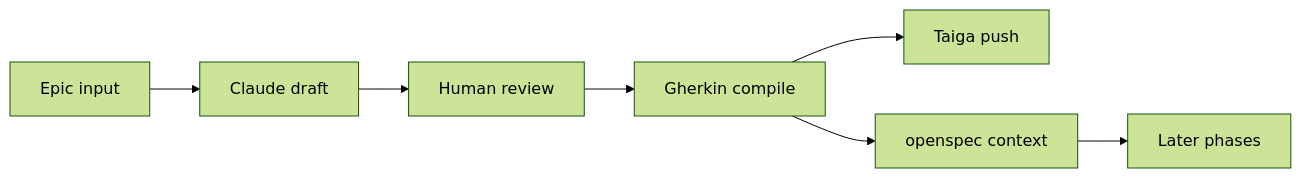
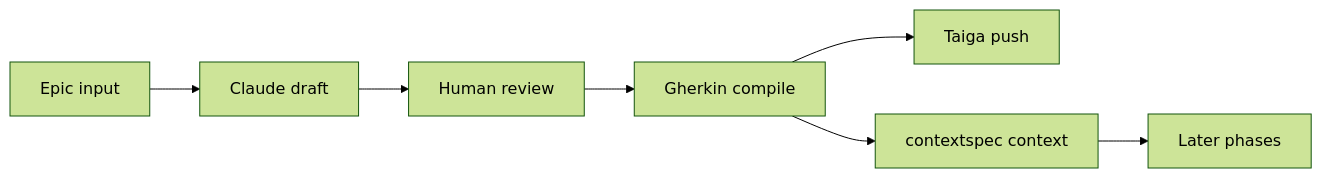
Before and after one commit to thomastabs/apex: the diagram in README.md, drawn with Mermaid (forest theme). The commit also changed other lines of this file and 17 other files, not shown here.

First line of the commit message:
refactor: rename openspec/ to contextspec/

````diff
--- a/README.md
+++ b/README.md
@@ -9,9 +9,9 @@
 ```mermaid
 flowchart LR
   A[Epic input] --> B[Claude draft]
   B --> C[Human review]
   C --> D[Gherkin compile]
   D --> E[Taiga push]
-  D --> F[openspec context]
+  D --> F[contextspec context]
   F --> G[Later phases]
 ```
````
